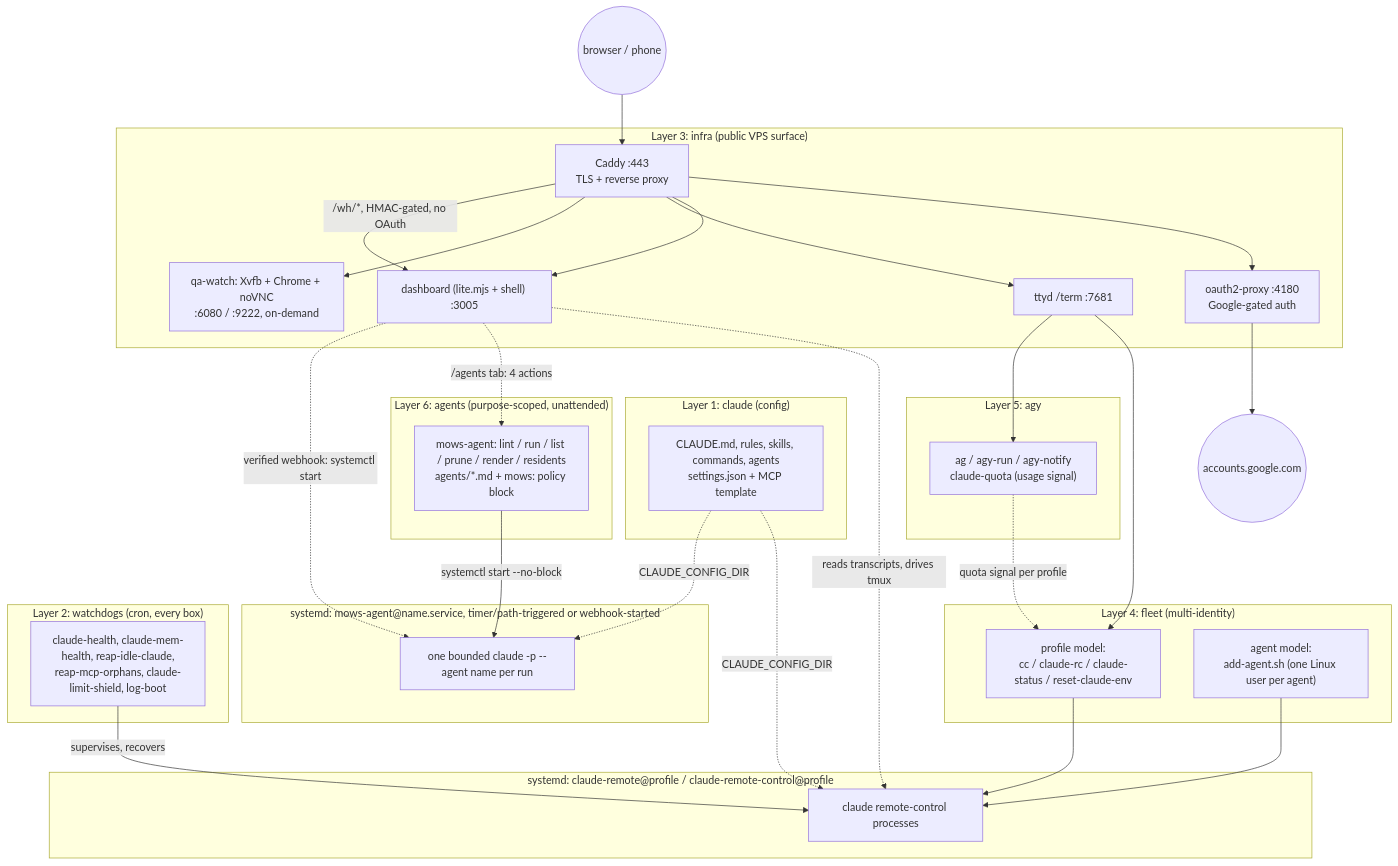
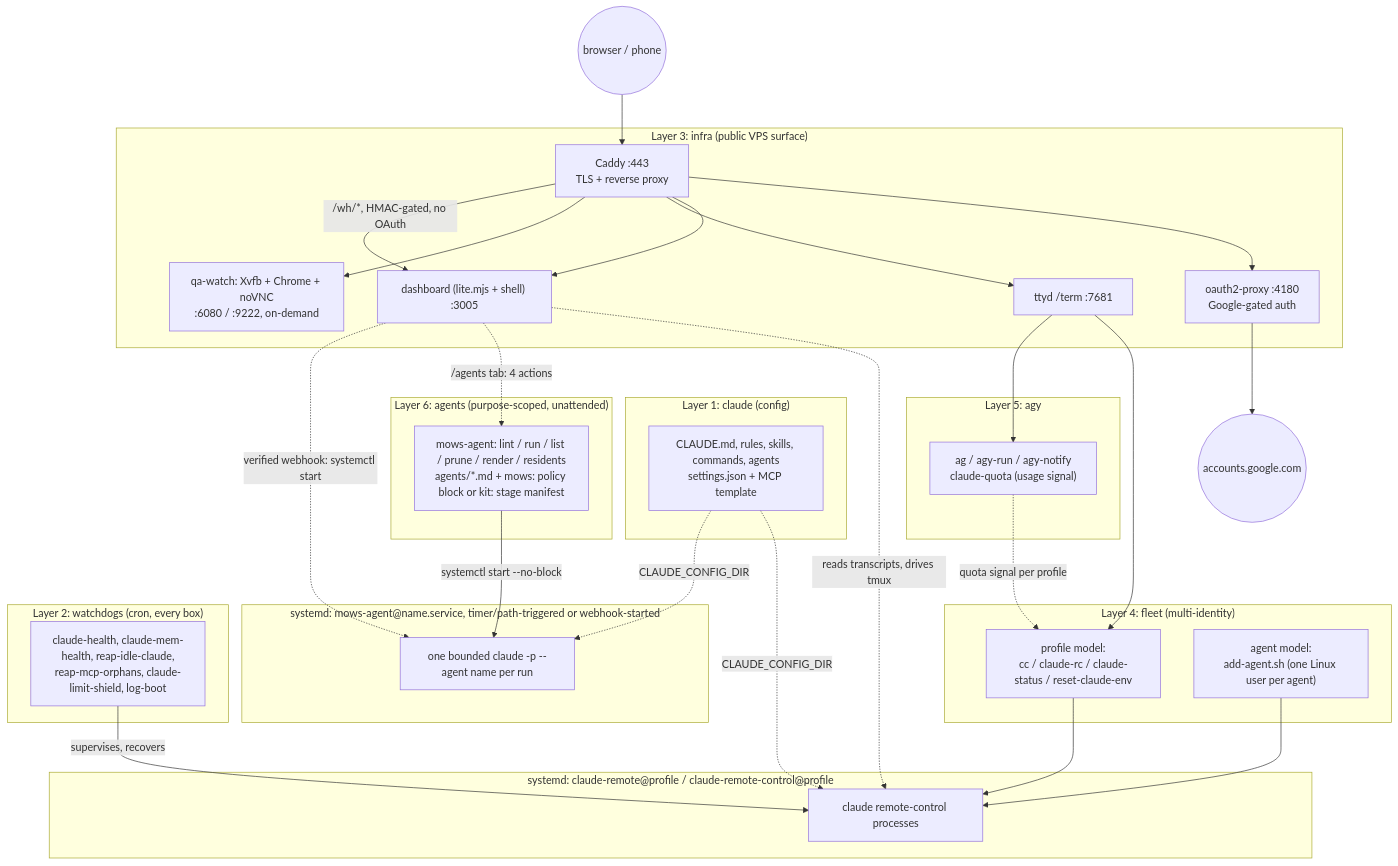
The diagram in README.md (alhe99/mows-harness), drawn with Mermaid before and after one commit. The commit also changed other lines of this file and 5 other files, not shown here.

First line of the commit message:
fix(agents): act on the kit-managed reviewer's first review of its own runner

````diff
--- a/README.md
+++ b/README.md
@@ -404,60 +404,60 @@
 ```mermaid
 flowchart TB
     subgraph Layer1["Layer 1: claude (config)"]
         CFG["CLAUDE.md, rules, skills, commands, agents<br/>settings.json + MCP template"]
     end
 
     subgraph Layer4["Layer 4: fleet (multi-identity)"]
         PROFILE["profile model:<br/>cc / claude-rc / claude-status / reset-claude-env"]
         AGENT["agent model:<br/>add-agent.sh (one Linux user per agent)"]
     end
 
     subgraph Layer5["Layer 5: agy"]
         AGY["ag / agy-run / agy-notify<br/>claude-quota (usage signal)"]
     end
 
     subgraph Layer6["Layer 6: agents (purpose-scoped, unattended)"]
-        MAGENT["mows-agent: lint / run / list / prune / render / residents<br/>agents/*.md + mows: policy block"]
+        MAGENT["mows-agent: lint / run / list / prune / render / residents<br/>agents/*.md + mows: policy block or kit: stage manifest"]
     end
 
     subgraph RCUNITS["systemd: claude-remote@profile / claude-remote-control@profile"]
         RC["claude remote-control processes"]
     end
 
     subgraph AGENTUNIT["systemd: mows-agent@name.service, timer/path-triggered or webhook-started"]
         ARUN["one bounded claude -p --agent name per run"]
     end
 
     subgraph Layer2["Layer 2: watchdogs (cron, every box)"]
         WD["claude-health, claude-mem-health, reap-idle-claude,<br/>reap-mcp-orphans, claude-limit-shield, log-boot"]
     end
 
     subgraph Layer3["Layer 3: infra (public VPS surface)"]
         CADDY["Caddy :443<br/>TLS + reverse proxy"]
         OAUTH["oauth2-proxy :4180<br/>Google-gated auth"]
         DASH["dashboard (lite.mjs + shell) :3005"]
         TERM["ttyd /term :7681"]
         WATCH["qa-watch: Xvfb + Chrome + noVNC<br/>:6080 / :9222, on-demand"]
     end
 
     Browser(("browser / phone")) --> CADDY
     CADDY --> OAUTH
     OAUTH --> Google(("accounts.google.com"))
     CADDY --> DASH
     CADDY --> TERM
     CADDY --> WATCH
 
     CFG -.->|CLAUDE_CONFIG_DIR| RC
     PROFILE --> RC
     AGENT --> RC
     TERM --> PROFILE
     TERM --> AGY
     AGY -.->|quota signal per profile| PROFILE
     DASH -.->|reads transcripts, drives tmux| RC
     WD -->|supervises, recovers| RC
     MAGENT -->|systemctl start --no-block| ARUN
     CFG -.->|CLAUDE_CONFIG_DIR| ARUN
     DASH -.->|/agents tab: 4 actions| MAGENT
     CADDY -->|/wh/*, HMAC-gated, no OAuth| DASH
     DASH -.->|verified webhook: systemctl start| ARUN
 ```
````
